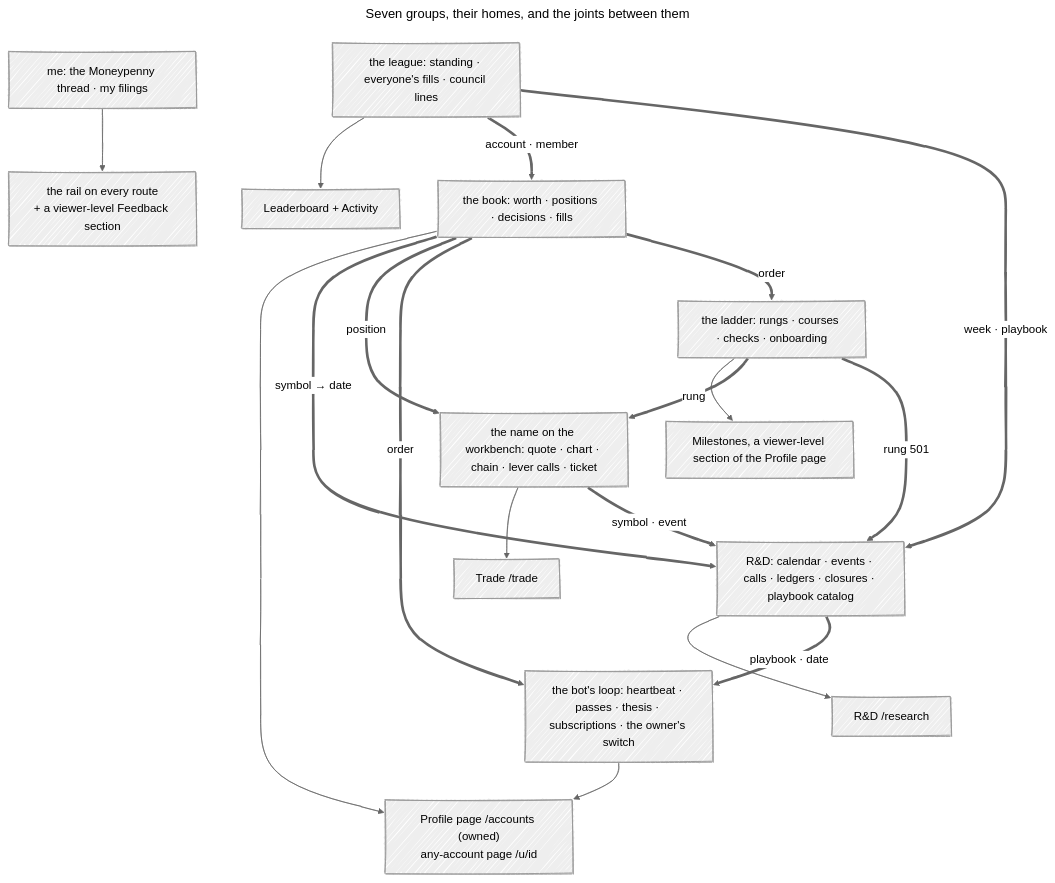
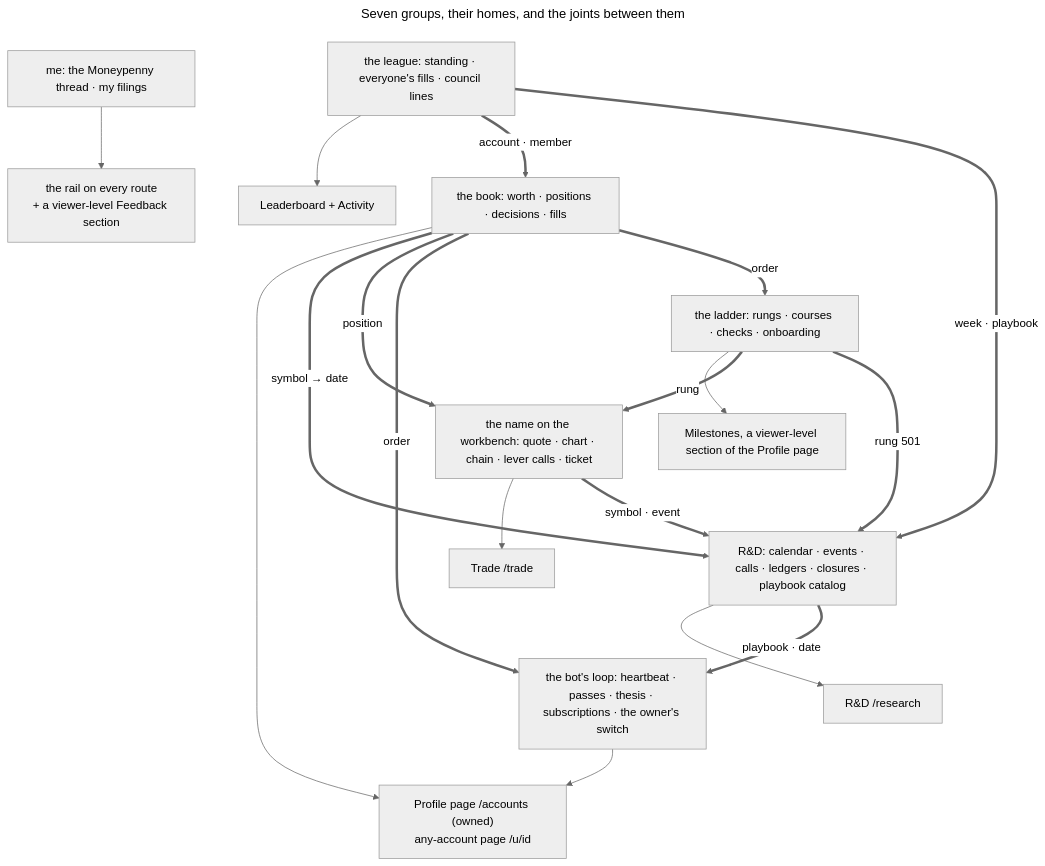
Before and after one commit to ejclark/skynet-capital: the second of 2 diagrams in docs/IA.md, drawn with Mermaid (neutral theme). The commit also changed other lines of this file, not shown here.

````diff
--- a/docs/IA.md
+++ b/docs/IA.md
@@ -1050,28 +1050,25 @@
 ```mermaid
 ---
 title: Seven groups, their homes, and the joints between them
-config:
-  look: handDrawn
-  handDrawnSeed: 7
 ---
 flowchart TD
     accTitle: The wargamed grouping and its homes
     accDescr: Each group points at the one page that is its home. The thick labelled edges are the joints, the keys two groups share, rendered on each other's page as a field, a row or a link, never as a second copy of a section.
     BOOK["the book: worth · positions · decisions · fills"] --> PROFILE["Profile page /accounts (owned)<br/>any-account page /u/id"]
     LOOP["the bot's loop: heartbeat · passes · thesis · subscriptions · the owner's switch"] --> PROFILE
     NAME["the name on the workbench: quote · chart · chain · lever calls · ticket"] --> TRADE["Trade /trade"]
     RD["R&D: calendar · events · calls · ledgers · closures · playbook catalog"] --> RESEARCH["R&D /research"]
     LADDER["the ladder: rungs · courses · checks · onboarding"] --> MILESTONES["Milestones, a viewer-level section of the Profile page"]
     ME["me: the Moneypenny thread · my filings"] --> RAIL["the rail on every route<br/>+ a viewer-level Feedback section"]
     LEAGUE["the league: standing · everyone's fills · council lines"] --> LEAGUEPAGE["Leaderboard + Activity"]
     BOOK ==>|"symbol → date"| RD
     BOOK ==>|"position"| NAME
     NAME ==>|"symbol · event"| RD
     RD ==>|"playbook · date"| LOOP
     BOOK ==>|"order"| LOOP
     BOOK ==>|"order"| LADDER
     LADDER ==>|"rung"| NAME
     LADDER ==>|"rung 501"| RD
     LEAGUE ==>|"account · member"| BOOK
     LEAGUE ==>|"week · playbook"| RD
 ```
````
